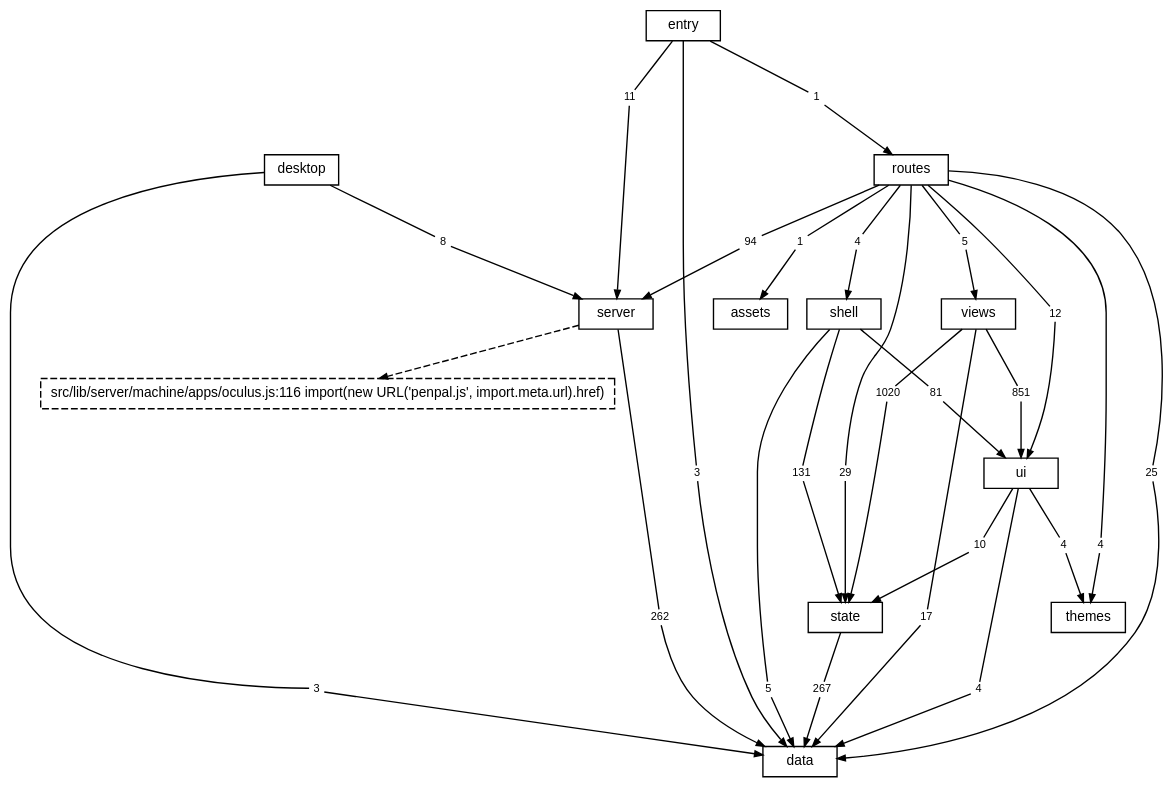
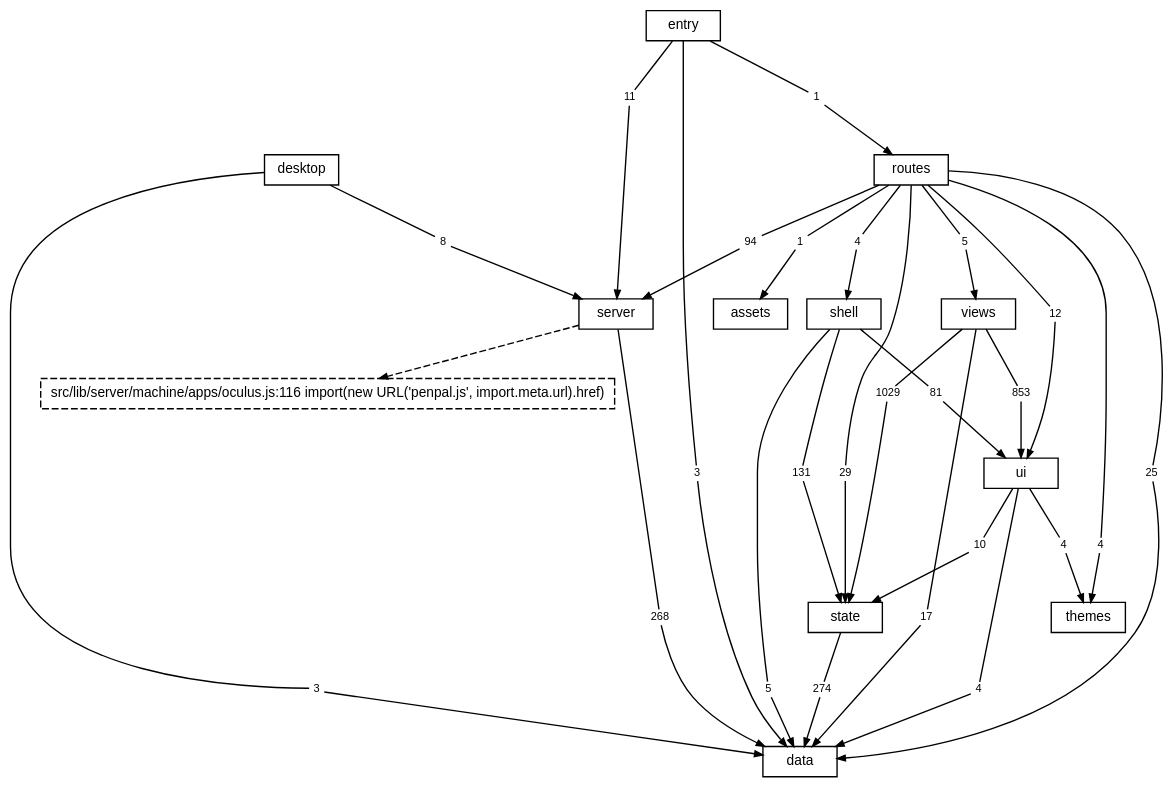
One commit to TheAxeC/oculus changed the diagram in docs/diagrams/layers.dot. Above: the diagram before and after it, drawn with Graphviz. The commit also changed 132 other files, not shown here.

```diff
--- a/docs/diagrams/layers.dot
+++ b/docs/diagrams/layers.dot
@@ -1,90 +1,90 @@
 digraph layers {
     graph [bgcolor="transparent", rankdir=TB, newrank=true, fontname="Helvetica,Arial,sans-serif", fontsize=12, nodesep=0.2, ranksep=0.5];
     node [shape=box, color="black", fontcolor="black", fontname="Helvetica,Arial,sans-serif", fontsize=10, height=0.3, margin="0.12,0.04"];
     edge [color="black", fontcolor="black", fontname="Helvetica,Arial,sans-serif", fontsize=8, arrowsize=0.6];
     "data";
     "server";
     "state";
     "ui";
     "shell";
     "views";
     "themes";
     "routes";
     "desktop";
     "src" [label="entry"];
     "files: assets" [label="assets"];
     "? src/lib/server/machine/apps/oculus.js:116" [label="src/lib/server/machine/apps/oculus.js:116 import(new URL('penpal.js', import.meta.url).href)", style=dashed];
     "desktop to data" [label="3", shape=box, color="transparent", fontsize=8, width=0, height=0, margin="0.04,0.02"];
     "desktop" -> "desktop to data" [arrowhead=none];
     "desktop to data" -> "data" [];
     "desktop to server" [label="8", shape=box, color="transparent", fontsize=8, width=0, height=0, margin="0.04,0.02"];
     "desktop" -> "desktop to server" [arrowhead=none];
     "desktop to server" -> "server" [];
     "routes to data" [label="25", shape=box, color="transparent", fontsize=8, width=0, height=0, margin="0.04,0.02"];
     "routes" -> "routes to data" [arrowhead=none];
     "routes to data" -> "data" [];
     "routes to files: assets" [label="1", shape=box, color="transparent", fontsize=8, width=0, height=0, margin="0.04,0.02"];
     "routes" -> "routes to files: assets" [arrowhead=none];
     "routes to files: assets" -> "files: assets" [];
     "routes to server" [label="94", shape=box, color="transparent", fontsize=8, width=0, height=0, margin="0.04,0.02"];
     "routes" -> "routes to server" [arrowhead=none];
     "routes to server" -> "server" [];
     "routes to shell" [label="4", shape=box, color="transparent", fontsize=8, width=0, height=0, margin="0.04,0.02"];
     "routes" -> "routes to shell" [arrowhead=none];
     "routes to shell" -> "shell" [];
     "routes to state" [label="29", shape=box, color="transparent", fontsize=8, width=0, height=0, margin="0.04,0.02"];
     "routes" -> "routes to state" [arrowhead=none];
     "routes to state" -> "state" [];
     "routes to themes" [label="4", shape=box, color="transparent", fontsize=8, width=0, height=0, margin="0.04,0.02"];
     "routes" -> "routes to themes" [arrowhead=none];
     "routes to themes" -> "themes" [];
     "routes to ui" [label="12", shape=box, color="transparent", fontsize=8, width=0, height=0, margin="0.04,0.02"];
     "routes" -> "routes to ui" [arrowhead=none];
     "routes to ui" -> "ui" [];
     "routes to views" [label="5", shape=box, color="transparent", fontsize=8, width=0, height=0, margin="0.04,0.02"];
     "routes" -> "routes to views" [arrowhead=none];
     "routes to views" -> "views" [];
-    "server to data" [label="262", shape=box, color="transparent", fontsize=8, width=0, height=0, margin="0.04,0.02"];
+    "server to data" [label="268", shape=box, color="transparent", fontsize=8, width=0, height=0, margin="0.04,0.02"];
     "server" -> "server to data" [arrowhead=none];
     "server to data" -> "data" [];
     "shell to data" [label="5", shape=box, color="transparent", fontsize=8, width=0, height=0, margin="0.04,0.02"];
     "shell" -> "shell to data" [arrowhead=none];
     "shell to data" -> "data" [];
     "shell to state" [label="131", shape=box, color="transparent", fontsize=8, width=0, height=0, margin="0.04,0.02"];
     "shell" -> "shell to state" [arrowhead=none];
     "shell to state" -> "state" [];
     "shell to ui" [label="81", shape=box, color="transparent", fontsize=8, width=0, height=0, margin="0.04,0.02"];
     "shell" -> "shell to ui" [arrowhead=none];
     "shell to ui" -> "ui" [];
     "src to data" [label="3", shape=box, color="transparent", fontsize=8, width=0, height=0, margin="0.04,0.02"];
     "src" -> "src to data" [arrowhead=none];
     "src to data" -> "data" [];
     "src to routes" [label="1", shape=box, color="transparent", fontsize=8, width=0, height=0, margin="0.04,0.02"];
     "src" -> "src to routes" [arrowhead=none];
     "src to routes" -> "routes" [];
     "src to server" [label="11", shape=box, color="transparent", fontsize=8, width=0, height=0, margin="0.04,0.02"];
     "src" -> "src to server" [arrowhead=none];
     "src to server" -> "server" [];
-    "state to data" [label="267", shape=box, color="transparent", fontsize=8, width=0, height=0, margin="0.04,0.02"];
+    "state to data" [label="274", shape=box, color="transparent", fontsize=8, width=0, height=0, margin="0.04,0.02"];
     "state" -> "state to data" [arrowhead=none];
     "state to data" -> "data" [];
     "ui to data" [label="4", shape=box, color="transparent", fontsize=8, width=0, height=0, margin="0.04,0.02"];
     "ui" -> "ui to data" [arrowhead=none];
     "ui to data" -> "data" [];
     "ui to state" [label="10", shape=box, color="transparent", fontsize=8, width=0, height=0, margin="0.04,0.02"];
     "ui" -> "ui to state" [arrowhead=none];
     "ui to state" -> "state" [];
     "ui to themes" [label="4", shape=box, color="transparent", fontsize=8, width=0, height=0, margin="0.04,0.02"];
     "ui" -> "ui to themes" [arrowhead=none];
     "ui to themes" -> "themes" [];
     "views to data" [label="17", shape=box, color="transparent", fontsize=8, width=0, height=0, margin="0.04,0.02"];
     "views" -> "views to data" [arrowhead=none];
     "views to data" -> "data" [];
-    "views to state" [label="1020", shape=box, color="transparent", fontsize=8, width=0, height=0, margin="0.04,0.02"];
+    "views to state" [label="1029", shape=box, color="transparent", fontsize=8, width=0, height=0, margin="0.04,0.02"];
     "views" -> "views to state" [arrowhead=none];
     "views to state" -> "state" [];
-    "views to ui" [label="851", shape=box, color="transparent", fontsize=8, width=0, height=0, margin="0.04,0.02"];
+    "views to ui" [label="853", shape=box, color="transparent", fontsize=8, width=0, height=0, margin="0.04,0.02"];
     "views" -> "views to ui" [arrowhead=none];
     "views to ui" -> "ui" [];
     "server" -> "? src/lib/server/machine/apps/oculus.js:116" [style=dashed];
 }
```
